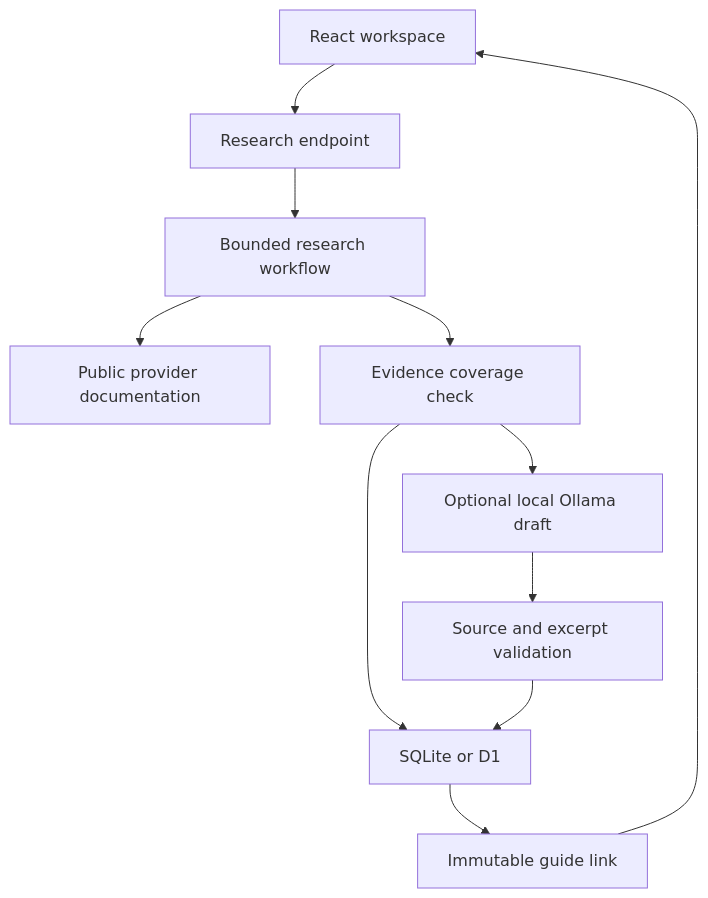
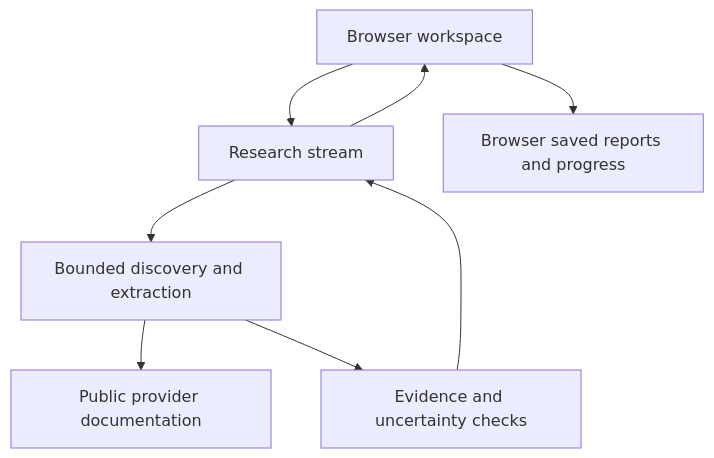
The diagram in docs/ARCHITECTURE.md (ankushkhakale/OAuth-Atlas), drawn with Mermaid before and after one commit. The commit also changed other lines of this file and 30 other files, not shown here.

````diff
--- a/docs/ARCHITECTURE.md
+++ b/docs/ARCHITECTURE.md
@@ -7,13 +5,10 @@
 ```mermaid
 flowchart TD
-  UI[React workspace] --> API[Research endpoint]
-  API --> Agent[Bounded research workflow]
-  Agent --> Web[Public provider documentation]
-  Agent --> Gate[Evidence coverage check]
-  Gate --> Model[Optional local Ollama draft]
-  Model --> Proof[Source and excerpt validation]
-  Gate --> Store[SQLite or D1]
-  Proof --> Store
-  Store --> Link[Immutable guide link]
-  Link --> UI
+  UI[Browser workspace] --> API[Research stream]
+  API --> Engine[Bounded discovery and extraction]
+  Engine --> Docs[Public provider documentation]
+  Engine --> Evidence[Evidence and uncertainty checks]
+  Evidence --> API
+  API --> UI
+  UI --> Local[Browser saved reports and progress]
 ```
````
